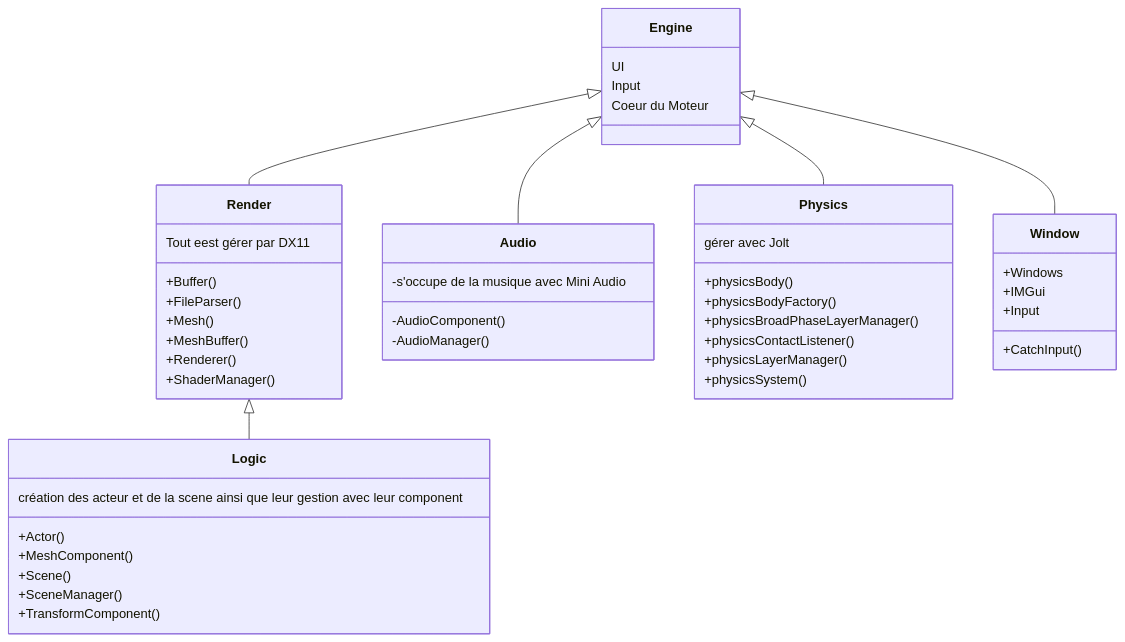
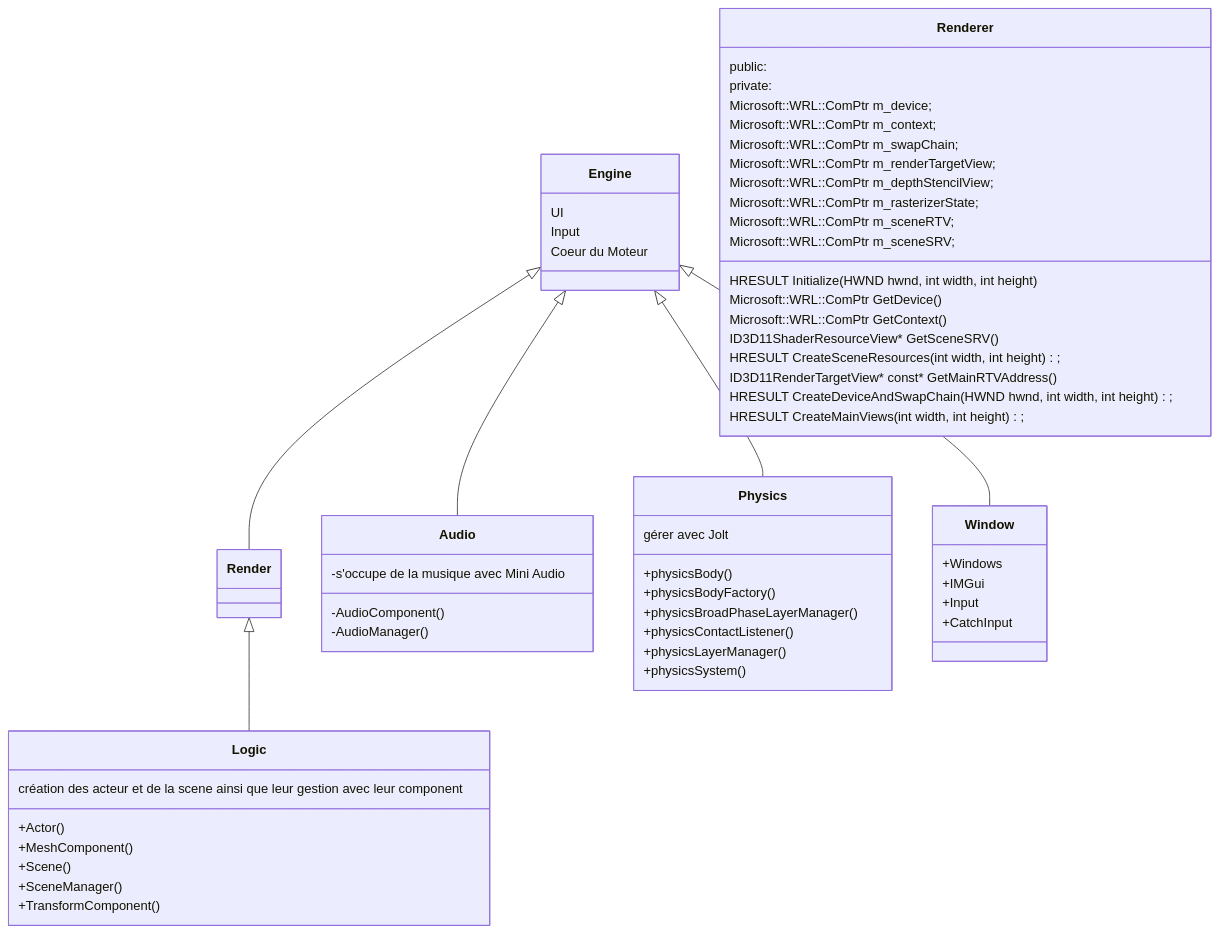
The third of 3 diagrams in README.md (GamingCampus-MillieBourgois-25-26/moteur-3d-potato-engine), drawn with Mermaid before and after one commit.

````diff
--- a/README.md
+++ b/README.md
@@ -139,49 +139,65 @@
 ```mermaid
 classDiagram
     Engine <|-- Render
     Engine <|-- Audio
     Engine <|-- Physics
     Engine <|-- Window
     Render <|-- Logic
     Engine : UI
     Engine : Input
     Engine: Coeur du Moteur
-    class Render{
-      +Buffer()
-      +FileParser()
-      +Mesh()
-      +MeshBuffer()
-      +Renderer()
-      +ShaderManager()
-Tout eest gérer par DX11
+    class Renderer{
+public:
+      HRESULT Initialize(HWND hwnd, int width, int height)
+      Microsoft::WRL::ComPtr<ID3D11Device> GetDevice()
+      Microsoft::WRL::ComPtr<ID3D11DeviceContext> GetContext()
+      ID3D11ShaderResourceView* GetSceneSRV()
+      HRESULT CreateSceneResources(int width, int height);
+      ID3D11RenderTargetView* const* GetMainRTVAddress()
+   private:
+      HRESULT CreateDeviceAndSwapChain(HWND hwnd, int width, int height);
+      HRESULT CreateMainViews(int width, int height);
+
+
+      Microsoft::WRL::ComPtr<ID3D11Device>           m_device;
+      Microsoft::WRL::ComPtr<ID3D11DeviceContext>    m_context;
+      Microsoft::WRL::ComPtr<IDXGISwapChain>         m_swapChain;
+      Microsoft::WRL::ComPtr<ID3D11RenderTargetView> m_renderTargetView;
+      Microsoft::WRL::ComPtr<ID3D11DepthStencilView> m_depthStencilView;
+      Microsoft::WRL::ComPtr<ID3D11RasterizerState>  m_rasterizerState;
+
+
+      Microsoft::WRL::ComPtr<ID3D11RenderTargetView> m_sceneRTV;
+      Microsoft::WRL::ComPtr<ID3D11ShaderResourceView> m_sceneSRV; 
+
       
     }
     class Audio{
       -s'occupe de la musique avec Mini Audio
       -AudioComponent()
       -AudioManager()
     }
     class Physics{
       gérer avec Jolt
       +physicsBody()
       +physicsBodyFactory()
       +physicsBroadPhaseLayerManager()
       +physicsContactListener()
       +physicsLayerManager()
       +physicsSystem()
     }
     class Window{
       +Windows
       +IMGui
       +Input
-      +CatchInput()
+      +CatchInput
     }
     class Logic{
       création des acteur et de la scene ainsi que leur gestion avec leur component
       +Actor()
       +MeshComponent()
       +Scene()
       +SceneManager()
       +TransformComponent()
     }
 ```
````
